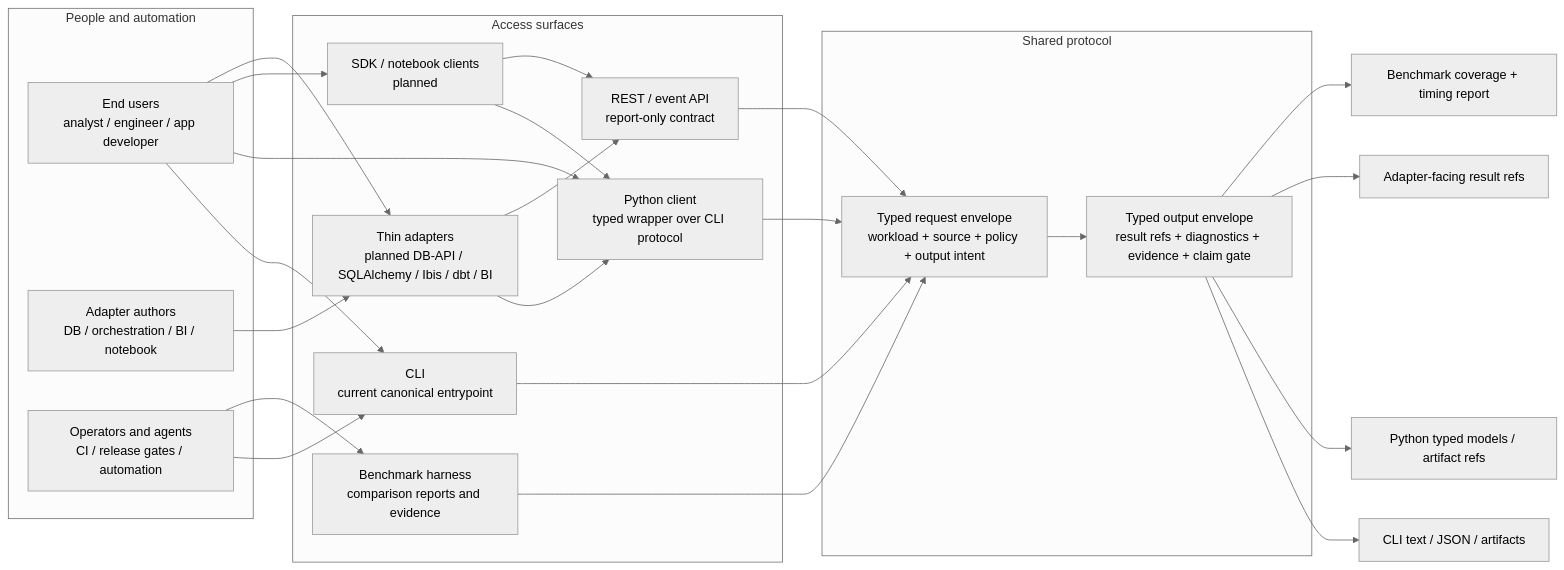
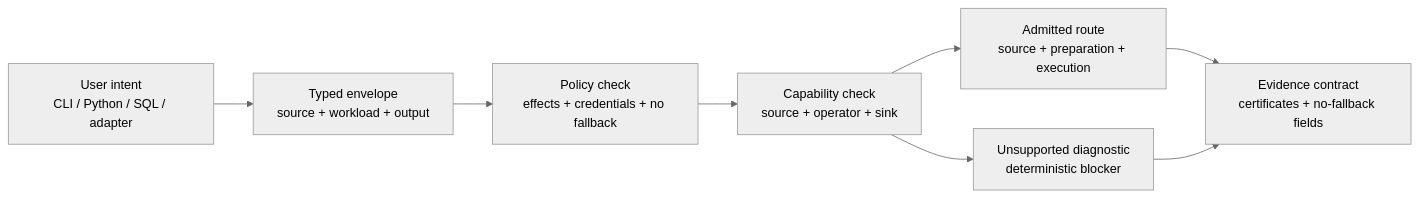
One commit to depsilon/shardloom changed the second of 8 diagrams in website/assets/data/compute-engine-flow-reference.md. Above: the diagram before and after it, drawn with Mermaid (neutral theme). The commit also changed other lines of this file and 14 other files, not shown here.

Commit message:
Split release gates and clarify compute flow (#1141)

````diff
--- a/website/assets/data/compute-engine-flow-reference.md
+++ b/website/assets/data/compute-engine-flow-reference.md
@@ -477,44 +437,14 @@
 ```mermaid
 flowchart LR
-    subgraph PEOPLE["People and automation"]
-        USER["End users<br/>analyst / engineer / app developer"]
-        ADAPTER_AUTHOR["Adapter authors<br/>DB / orchestration / BI / notebook"]
-        OPERATOR["Operators and agents<br/>CI / release gates / automation"]
-    end
+    USER["User intent<br/>CLI / Python / SQL / adapter"]
+    ENVELOPE["Typed envelope<br/>source + workload + output"]
+    POLICY["Policy check<br/>effects + credentials + no fallback"]
+    CAPABILITY["Capability check<br/>source + operator + sink"]
+    UNSUPPORTED["Unsupported diagnostic<br/>deterministic blocker"]
+    ROUTE["Admitted route<br/>source + preparation + execution"]
+    CERT["Evidence contract<br/>certificates + no-fallback fields"]
 
-    subgraph ACCESS["Access surfaces"]
-        CLI["CLI<br/>current canonical entrypoint"]
-        PYTHON["Python client<br/>typed wrapper over CLI protocol"]
-        BENCH["Benchmark harness<br/>comparison reports and evidence"]
-        REST["REST / event API<br/>report-only contract"]
-        SDK["SDK / notebook clients<br/>planned"]
-        ADAPTER["Thin adapters<br/>planned DB-API / SQLAlchemy / Ibis / dbt / BI"]
-    end
-
-    subgraph CONTRACT["Shared protocol"]
-        REQUEST["Typed request envelope<br/>workload + source + policy + output intent"]
-        OUTPUT["Typed output envelope<br/>result refs + diagnostics + evidence + claim gate"]
-    end
-
-    USER --> CLI
-    USER --> PYTHON
-    USER --> SDK
-    USER --> ADAPTER
-    ADAPTER_AUTHOR --> ADAPTER
-    OPERATOR --> CLI
-    OPERATOR --> BENCH
-    SDK --> PYTHON
-    SDK --> REST
-    ADAPTER --> PYTHON
-    ADAPTER --> REST
-
-    CLI --> REQUEST
-    PYTHON --> REQUEST
-    BENCH --> REQUEST
-    REST --> REQUEST
-    REQUEST --> OUTPUT
-    OUTPUT --> CLI_RESULT["CLI text / JSON / artifacts"]
-    OUTPUT --> PY_RESULT["Python typed models / artifact refs"]
-    OUTPUT --> ADAPTER_RESULT["Adapter-facing result refs"]
-    OUTPUT --> BENCH_RESULT["Benchmark coverage + timing report"]
+    USER --> ENVELOPE --> POLICY --> CAPABILITY
+    CAPABILITY --> ROUTE --> CERT
+    CAPABILITY --> UNSUPPORTED --> CERT
 ```
````
